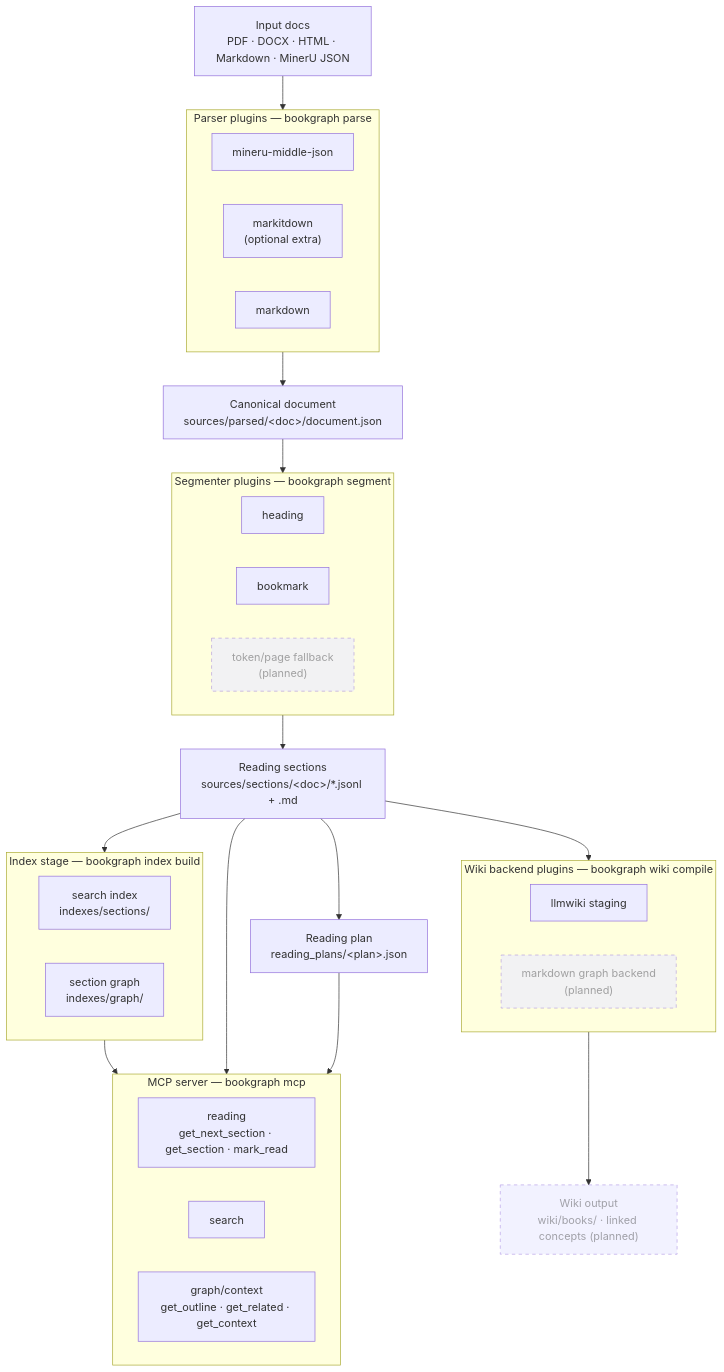
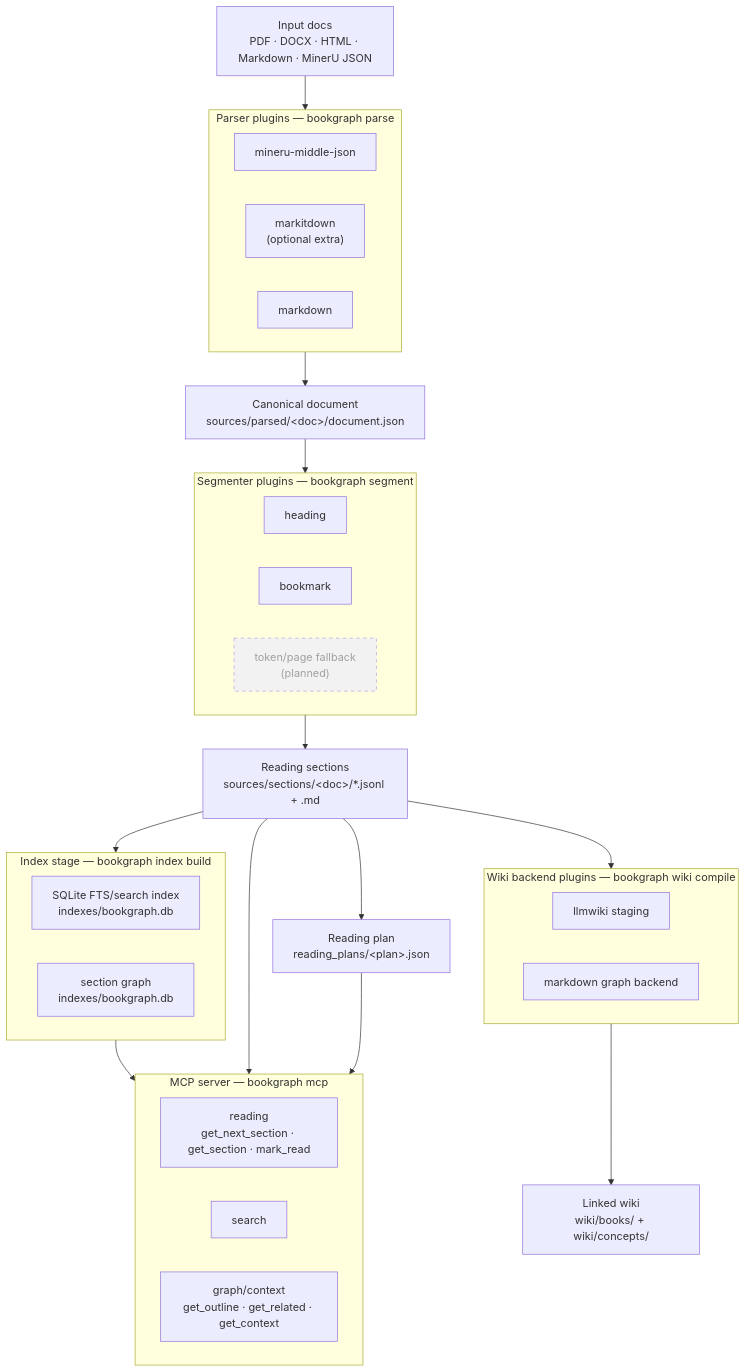
The diagram in README.md (chimeyrock999/bookgraph), drawn with Mermaid before and after one commit. The commit also changed other lines of this file and 6 other files, not shown here.

Commit message:
feat: add markdown graph wiki backend

````diff
--- a/README.md
+++ b/README.md
@@ -16,56 +16,56 @@
 ```mermaid
 flowchart TD
     docs["Input docs<br/>PDF · DOCX · HTML · Markdown · MinerU JSON"]
 
     docs --> P
 
     subgraph P["Parser plugins — bookgraph parse"]
         direction LR
         P1["mineru-middle-json"]
         P2["markitdown<br/>(optional extra)"]
         P3["markdown"]
     end
 
     P --> DOC["Canonical document<br/>sources/parsed/&lt;doc&gt;/document.json"]
     DOC --> S
 
     subgraph S["Segmenter plugins — bookgraph segment"]
         direction LR
         S1["heading"]
         S2["bookmark"]
         S3["token/page fallback<br/>(planned)"]:::planned
     end
 
     S --> SEC["Reading sections<br/>sources/sections/&lt;doc&gt;/*.jsonl + .md"]
 
     SEC --> IDX
     SEC --> RP["Reading plan<br/>reading_plans/&lt;plan&gt;.json"]
     SEC --> W
 
     subgraph IDX["Index stage — bookgraph index build"]
         direction LR
-        IDX1["search index<br/>indexes/sections/"]
-        IDX2["section graph<br/>indexes/graph/"]
+        IDX1["SQLite FTS/search index<br/>indexes/bookgraph.db"]
+        IDX2["section graph<br/>indexes/bookgraph.db"]
     end
 
     subgraph W["Wiki backend plugins — bookgraph wiki compile"]
         direction LR
         W1["llmwiki staging"]
-        W2["markdown graph backend<br/>(planned)"]:::planned
+        W2["markdown graph backend"]
     end
 
-    W --> WIKI["Wiki output<br/>wiki/books/ · linked concepts (planned)"]:::planned
+    W --> WIKI["Linked wiki<br/>wiki/books/ + wiki/concepts/"]
 
     IDX --> MCP
     SEC --> MCP
     RP --> MCP
 
     subgraph MCP["MCP server — bookgraph mcp"]
         direction LR
         MCP1["reading<br/>get_next_section · get_section · mark_read"]
         MCP2["search"]
         MCP3["graph/context<br/>get_outline · get_related · get_context"]
     end
 
     classDef planned stroke-dasharray:5,opacity:0.65;
 ```
````
